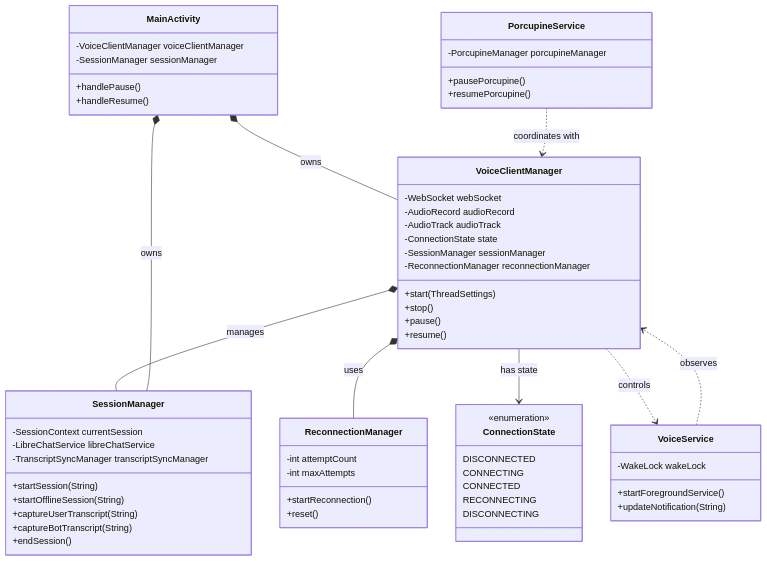
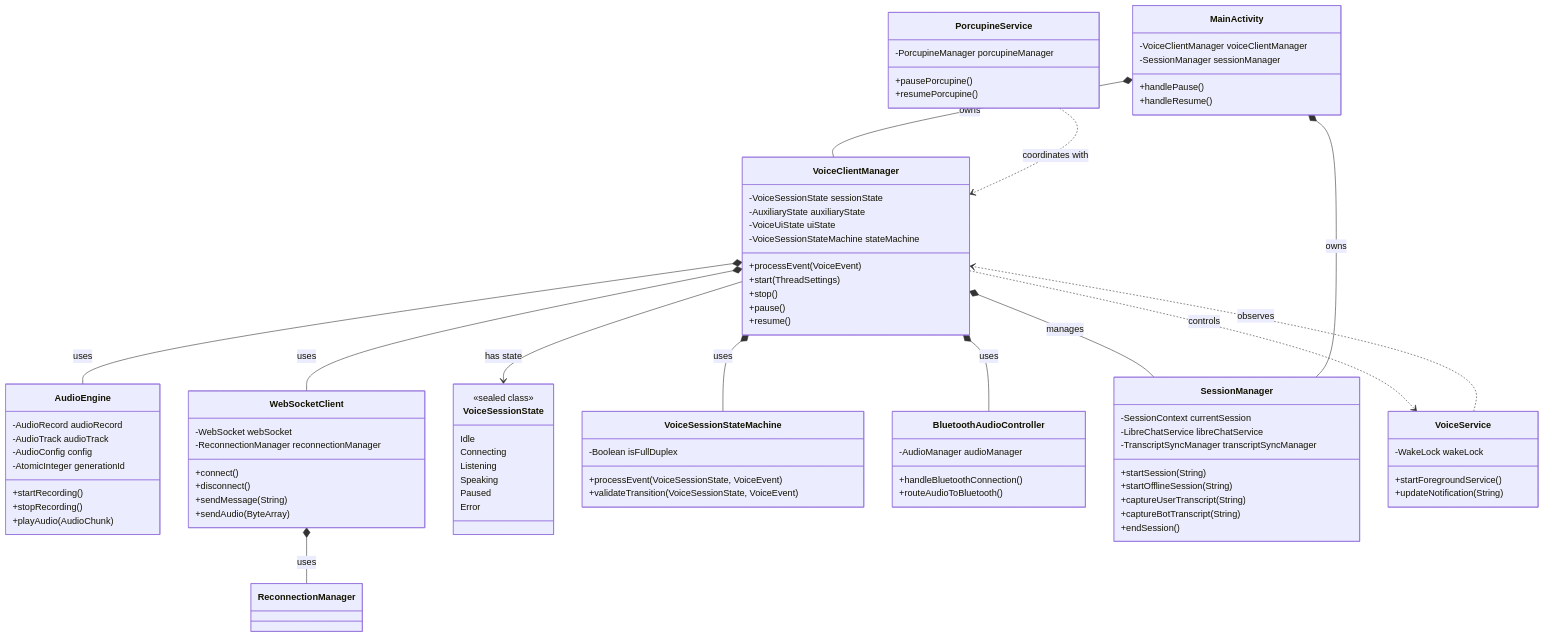
Before and after one commit to Kylo111/pipecat-client-android-gemini-live-websocket-demo: the diagram in docs/domain/model.md, drawn with Mermaid. The commit also changed other lines of this file and 50 other files, not shown here.

````diff
--- a/docs/domain/model.md
+++ b/docs/domain/model.md
@@ -313,16 +429,56 @@
 ```mermaid
 classDiagram
     class VoiceClientManager {
-        -WebSocket webSocket
-        -AudioRecord audioRecord
-        -AudioTrack audioTrack
-        -ConnectionState state
-        -SessionManager sessionManager
-        -ReconnectionManager reconnectionManager
+        -VoiceSessionState sessionState
+        -AuxiliaryState auxiliaryState
+        -VoiceUiState uiState
+        -VoiceSessionStateMachine stateMachine
+        +processEvent(VoiceEvent)
         +start(ThreadSettings)
         +stop()
         +pause()
         +resume()
+    }
+    
+    class AudioEngine {
+        -AudioRecord audioRecord
+        -AudioTrack audioTrack
+        -AudioConfig config
+        -AtomicInteger generationId
+        +startRecording()
+        +stopRecording()
+        +playAudio(AudioChunk)
+    }
+    
+    class WebSocketClient {
+        -WebSocket webSocket
+        -ReconnectionManager reconnectionManager
+        +connect()
+        +disconnect()
+        +sendMessage(String)
+        +sendAudio(ByteArray)
+    }
+    
+    class VoiceSessionState {
+        <<sealed class>>
+        Idle
+        Connecting
+        Listening
+        Speaking
+        Paused
+        Error
+    }
+    
+    class VoiceSessionStateMachine {
+        -Boolean isFullDuplex
+        +processEvent(VoiceSessionState, VoiceEvent)
+        +validateTransition(VoiceSessionState, VoiceEvent)
+    }
+    
+    class BluetoothAudioController {
+        -AudioManager audioManager
+        +handleBluetoothConnection()
+        +routeAudioToBluetooth()
     }
     
     class SessionManager {
@@ -334,22 +490,6 @@
         +captureUserTranscript(String)
         +captureBotTranscript(String)
         +endSession()
-    }
-    
-    class ConnectionState {
-        <<enumeration>>
-        DISCONNECTED
-        CONNECTING
-        CONNECTED
-        RECONNECTING
-        DISCONNECTING
-    }
-    
-    class ReconnectionManager {
-        -int attemptCount
-        -int maxAttempts
-        +startReconnection()
-        +reset()
     }
     
     class VoiceService {
@@ -371,10 +511,14 @@
         +handleResume()
     }
     
+    VoiceClientManager *-- AudioEngine : uses
+    VoiceClientManager *-- WebSocketClient : uses
+    VoiceClientManager *-- BluetoothAudioController : uses
+    VoiceClientManager *-- VoiceSessionStateMachine : uses
     VoiceClientManager *-- SessionManager : manages
-    VoiceClientManager *-- ReconnectionManager : uses
-    VoiceClientManager --> ConnectionState : has state
+    VoiceClientManager --> VoiceSessionState : has state
     VoiceClientManager ..> VoiceService : controls
+    WebSocketClient *-- ReconnectionManager : uses
     MainActivity *-- VoiceClientManager : owns
     MainActivity *-- SessionManager : owns
     VoiceService ..> VoiceClientManager : observes
````
